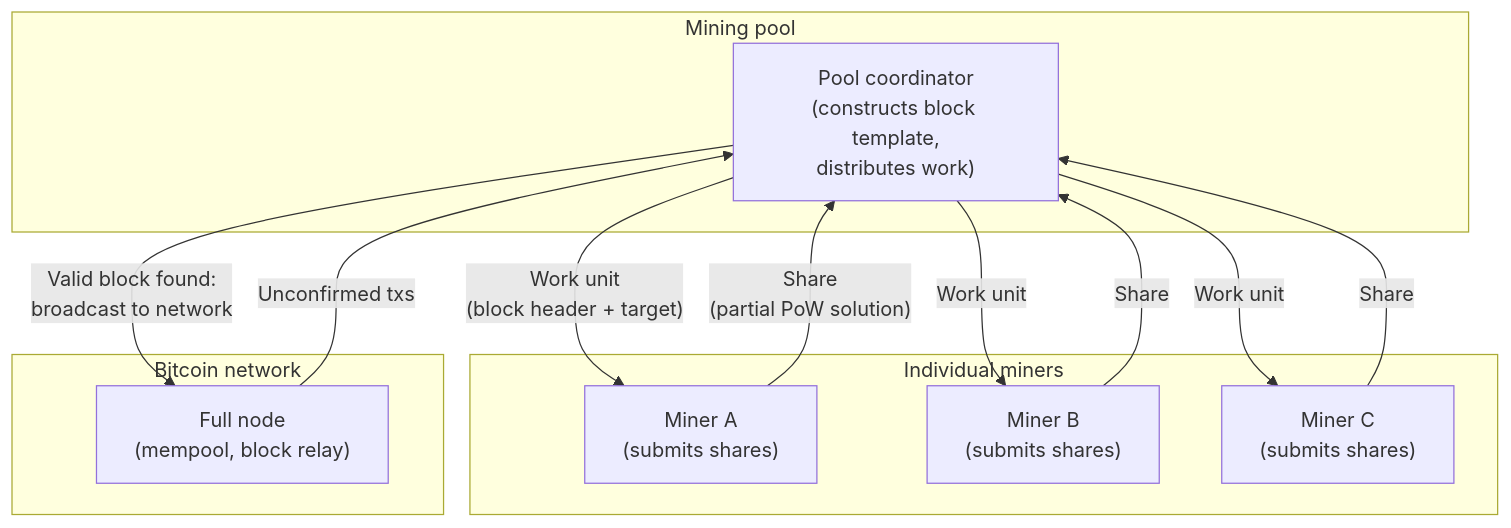
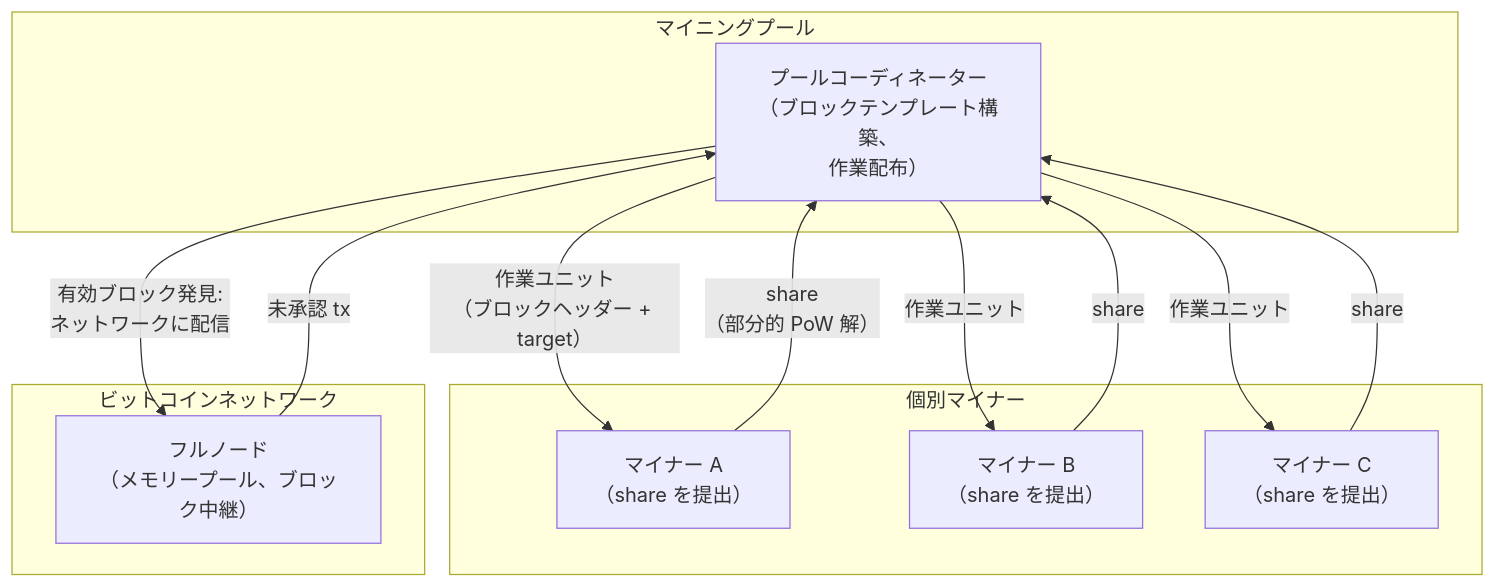
Before and after one commit to cypher256/BitcoinArchive: the sixth of 6 diagrams in src/data/translations/ja/design/2009-01-03-bitcoin-ecosystem-design.md, drawn with Mermaid. The commit also changed other lines of this file and 11 other files, not shown here.

````diff
--- a/src/data/translations/ja/design/2009-01-03-bitcoin-ecosystem-design.md
+++ b/src/data/translations/ja/design/2009-01-03-bitcoin-ecosystem-design.md
@@ -259,27 +259,27 @@
 ```mermaid
 flowchart TB
-    subgraph POOL["Mining pool"]
-        COORD["Pool coordinator<br/>(constructs block template,<br/>distributes work)"]
+    subgraph POOL["マイニングプール"]
+        COORD["プールコーディネーター<br/>（ブロックテンプレート構築、<br/>作業配布）"]
     end
 
-    subgraph MINERS["Individual miners"]
-        M1["Miner A<br/>(submits shares)"]
-        M2["Miner B<br/>(submits shares)"]
-        M3["Miner C<br/>(submits shares)"]
+    subgraph MINERS["個別マイナー"]
+        M1["マイナー A<br/>（share を提出）"]
+        M2["マイナー B<br/>（share を提出）"]
+        M3["マイナー C<br/>（share を提出）"]
     end
 
-    subgraph CHAIN["Bitcoin network"]
-        NODE["Full node<br/>(mempool, block relay)"]
+    subgraph CHAIN["ビットコインネットワーク"]
+        NODE["フルノード<br/>（メモリープール、ブロック中継）"]
     end
 
-    NODE -- "Unconfirmed txs" --> COORD
-    COORD -- "Work unit<br/>(block header + target)" --> M1
-    COORD -- "Work unit" --> M2
-    COORD -- "Work unit" --> M3
+    NODE -- "未承認 tx" --> COORD
+    COORD -- "作業ユニット<br/>（ブロックヘッダー + target）" --> M1
+    COORD -- "作業ユニット" --> M2
+    COORD -- "作業ユニット" --> M3
 
-    M1 -- "Share<br/>(partial PoW solution)" --> COORD
-    M2 -- "Share" --> COORD
-    M3 -- "Share" --> COORD
+    M1 -- "share<br/>（部分的 PoW 解）" --> COORD
+    M2 -- "share" --> COORD
+    M3 -- "share" --> COORD
 
-    COORD -- "Valid block found:<br/>broadcast to network" --> NODE
+    COORD -- "有効ブロック発見:<br/>ネットワークに配信" --> NODE
 ```
````
